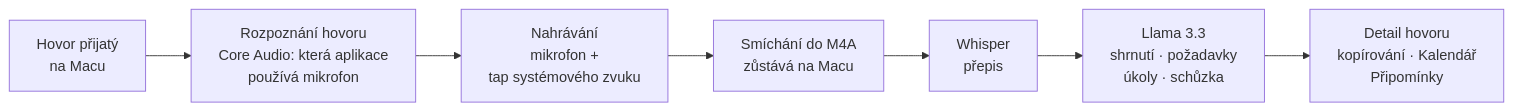
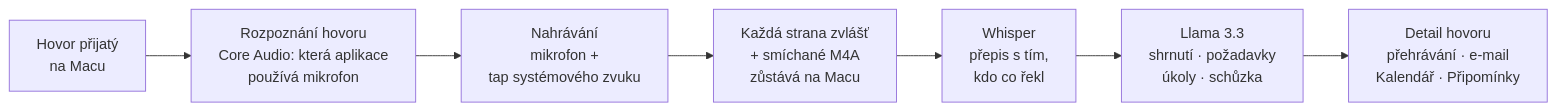
Before and after one commit to Thominho/BrumlikAI: the diagram in README.cs.md, drawn with Mermaid. The commit also changed other lines of this file and 34 other files, not shown here.

````diff
--- a/README.cs.md
+++ b/README.cs.md
@@ -86,9 +94,9 @@
 ```mermaid
 flowchart LR
     A["Hovor přijatý<br/>na Macu"] --> B["Rozpoznání hovoru<br/>Core Audio: která aplikace<br/>používá mikrofon"]
     B --> C["Nahrávání<br/>mikrofon +<br/>tap systémového zvuku"]
-    C --> D["Smíchání do M4A<br/>zůstává na Macu"]
-    D --> E["Whisper<br/>přepis"]
+    C --> D["Každá strana zvlášť<br/>+ smíchané M4A<br/>zůstává na Macu"]
+    D --> E["Whisper<br/>přepis s tím,<br/>kdo co řekl"]
     E --> F["Llama 3.3<br/>shrnutí · požadavky<br/>úkoly · schůzka"]
-    F --> G["Detail hovoru<br/>kopírování · Kalendář<br/>Připomínky"]
+    F --> G["Detail hovoru<br/>přehrávání · e-mail<br/>Kalendář · Připomínky"]
 ```
````
